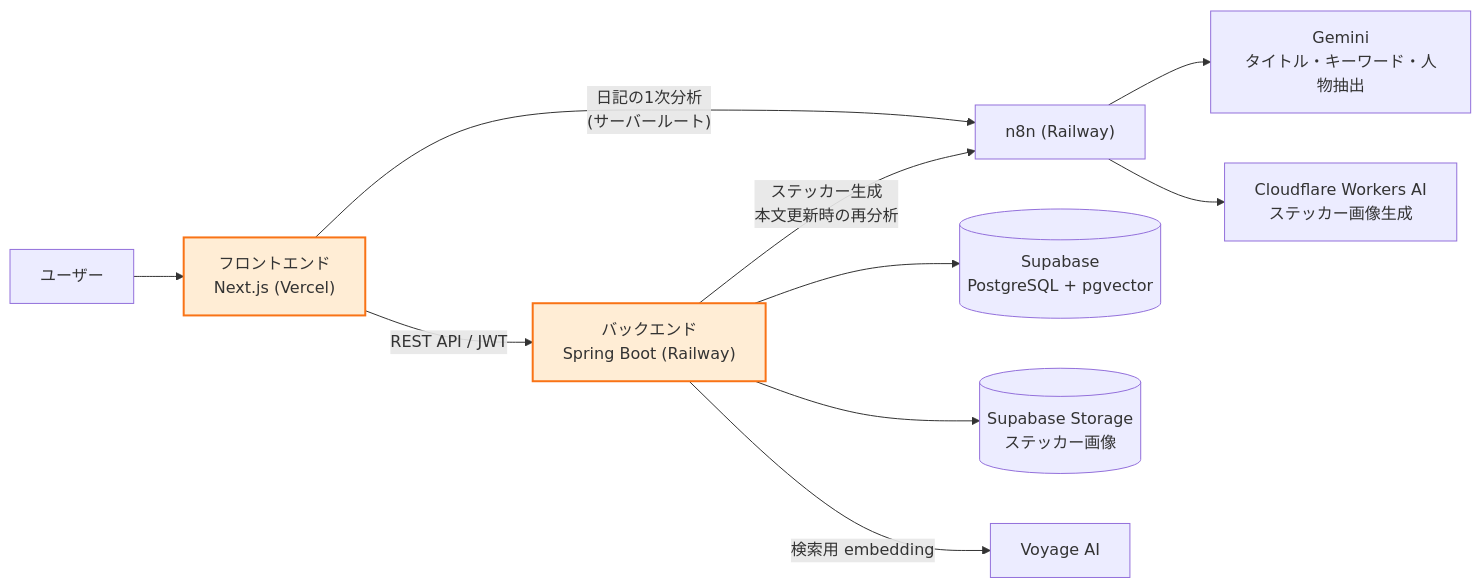
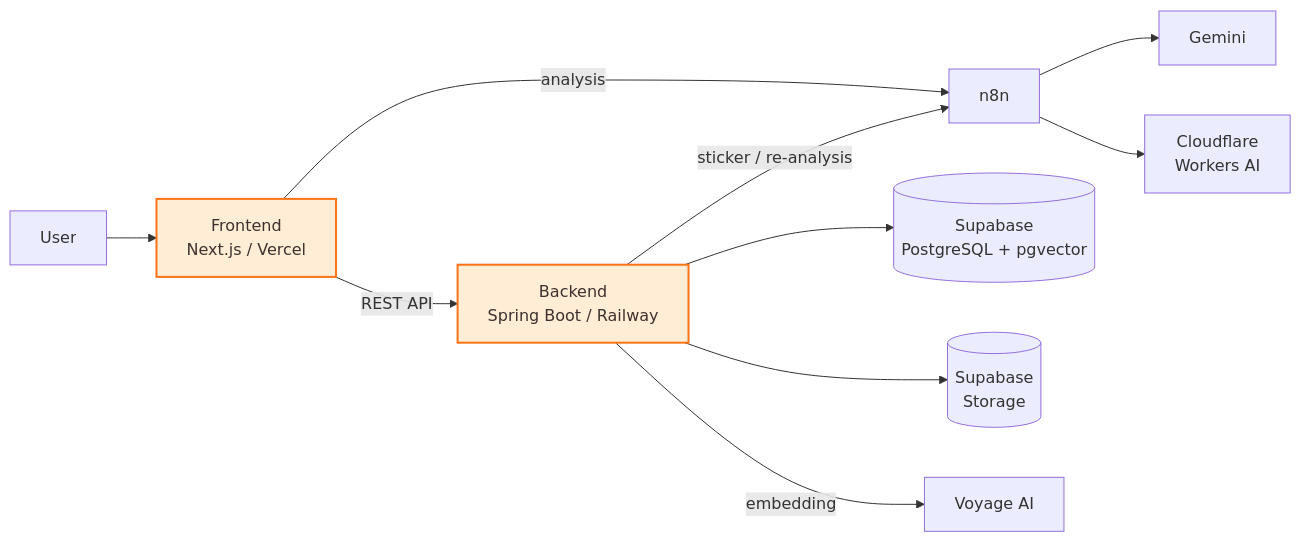
Before and after one commit to idlms9/tada-frontend: the first of 3 diagrams in README.md, drawn with Mermaid. The commit also changed other lines of this file, not shown here.

````diff
--- a/README.md
+++ b/README.md
@@ -49,15 +61,15 @@
 ```mermaid
 flowchart LR
-  U["ユーザー"] --> FE["フロントエンド<br/>Next.js (Vercel)"]
-  FE -->|"REST API / JWT"| BE["バックエンド<br/>Spring Boot (Railway)"]
-  FE -->|"日記の1次分析<br/>(サーバールート)"| N8N["n8n (Railway)"]
-  BE -->|"ステッカー生成<br/>本文更新時の再分析"| N8N
+  U["User"] --> FE["Frontend<br/>Next.js / Vercel"]
+  FE -->|"REST API"| BE["Backend<br/>Spring Boot / Railway"]
+  FE -->|"analysis"| N8N["n8n"]
+  BE -->|"sticker / re-analysis"| N8N
   BE --> DB[("Supabase<br/>PostgreSQL + pgvector")]
-  BE --> ST[("Supabase Storage<br/>ステッカー画像")]
-  BE -->|"検索用 embedding"| V["Voyage AI"]
-  N8N --> G["Gemini<br/>タイトル・キーワード・人物抽出"]
-  N8N --> C["Cloudflare Workers AI<br/>ステッカー画像生成"]
+  BE --> ST[("Supabase<br/>Storage")]
+  BE -->|"embedding"| V["Voyage AI"]
+  N8N --> G["Gemini"]
+  N8N --> C["Cloudflare<br/>Workers AI"]
 
-  classDef mine fill:#FFEDD5,stroke:#F97316,stroke-width:2px;
+  classDef mine fill:#FFEDD5,stroke:#F97316,stroke-width:2px,color:#3F312E;
   class FE,BE mine;
 ```
````
